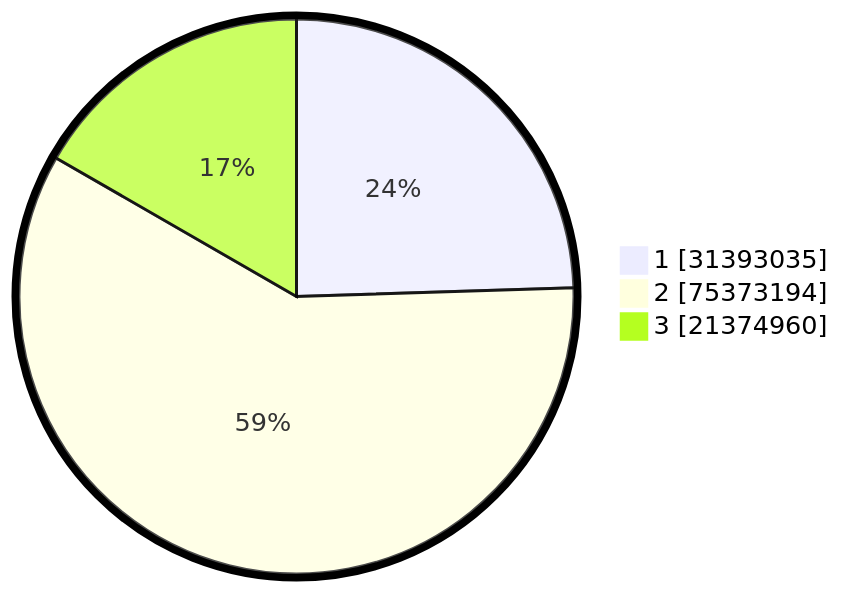
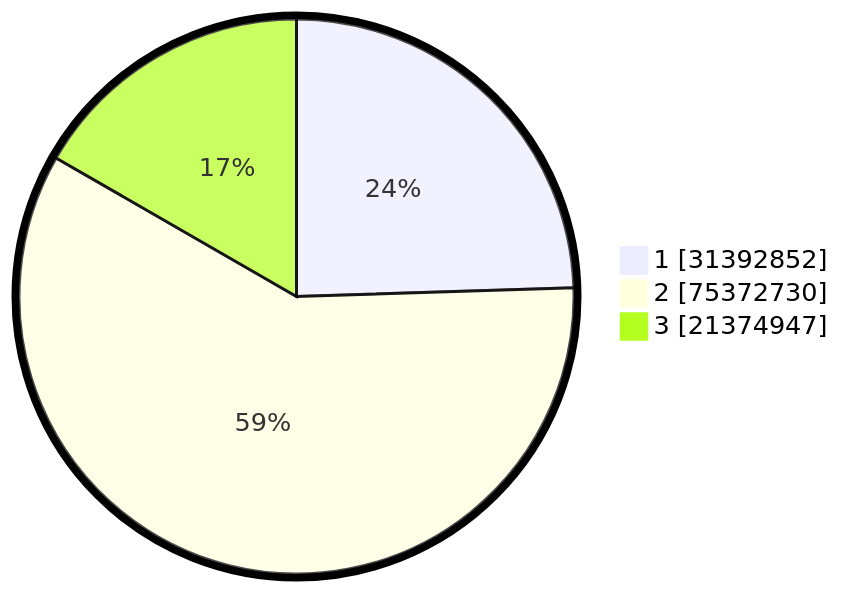
One commit to gigit-pemilu/pemilu-2024 changed the second of 2 diagrams in pilpres/hitung-suara/README.md. Above: the diagram before and after it, drawn with Mermaid. The commit also changed other lines of this file and 4 other files, not shown here.

````diff
--- a/pilpres/hitung-suara/README.md
+++ b/pilpres/hitung-suara/README.md
@@ -93,7 +93,7 @@
 ```mermaid
 %%{init: {"pie": {"textPosition": 0.5}, "themeVariables": {"pieOuterStrokeWidth": "5px"}} }%%
 pie showData
-    "1" : 31393035
-    "2" : 75373194
-    "3" : 21374960
+    "1" : 31392852
+    "2" : 75372730
+    "3" : 21374947
 ```
````
